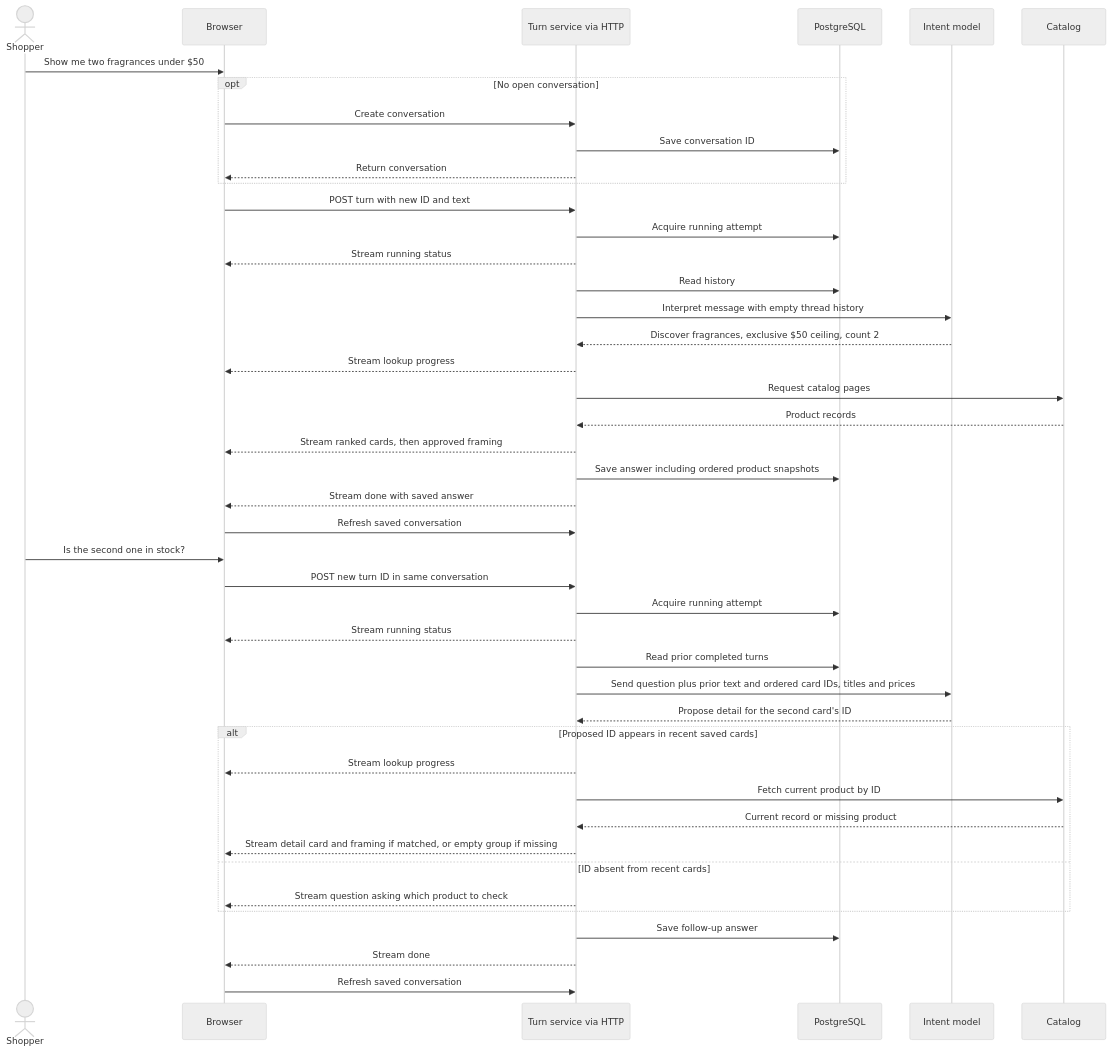
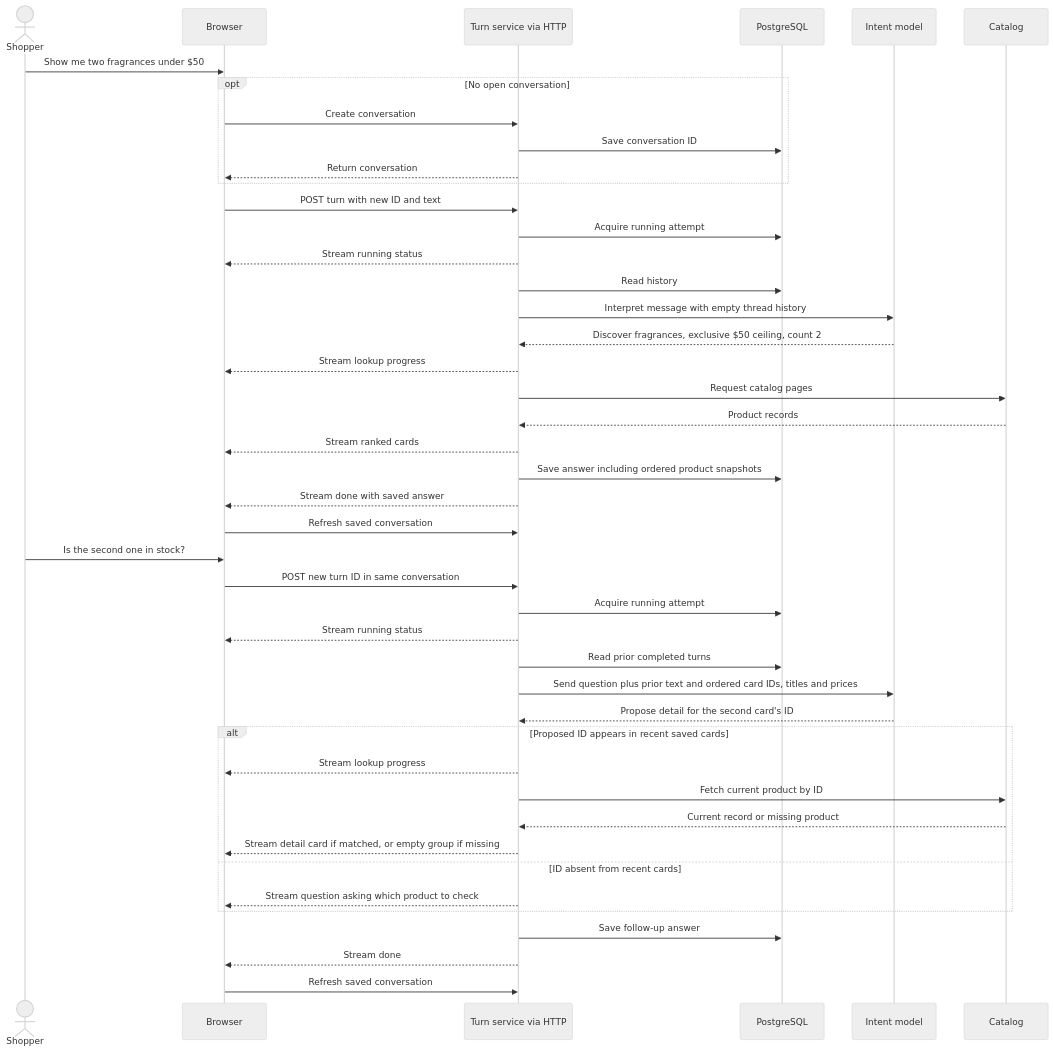
Before and after one commit to rosneri/bazak: the fourth of 5 diagrams in docs/message-flow.md, drawn with Mermaid (neutral theme). The commit also changed other lines of this file and 30 other files, not shown here.

````diff
--- a/docs/message-flow.md
+++ b/docs/message-flow.md
@@ -75,46 +71,46 @@
 ```mermaid
 sequenceDiagram
   actor S as Shopper
   participant B as Browser
   participant T as Turn service via HTTP
   participant D as PostgreSQL
   participant M as Intent model
   participant C as Catalog
   S->>B: Show me two fragrances under $50
   opt No open conversation
     B->>T: Create conversation
     T->>D: Save conversation ID
     T-->>B: Return conversation
   end
   B->>T: POST turn with new ID and text
   T->>D: Acquire running attempt
   T-->>B: Stream running status
   T->>D: Read history
   T->>M: Interpret message with empty thread history
   M-->>T: Discover fragrances, exclusive $50 ceiling, count 2
   T-->>B: Stream lookup progress
   T->>C: Request catalog pages
   C-->>T: Product records
-  T-->>B: Stream ranked cards, then approved framing
+  T-->>B: Stream ranked cards
   T->>D: Save answer including ordered product snapshots
   T-->>B: Stream done with saved answer
   B->>T: Refresh saved conversation
   S->>B: Is the second one in stock?
   B->>T: POST new turn ID in same conversation
   T->>D: Acquire running attempt
   T-->>B: Stream running status
   T->>D: Read prior completed turns
   T->>M: Send question plus prior text and ordered card IDs, titles and prices
   M-->>T: Propose detail for the second card's ID
   alt Proposed ID appears in recent saved cards
     T-->>B: Stream lookup progress
     T->>C: Fetch current product by ID
     C-->>T: Current record or missing product
-    T-->>B: Stream detail card and framing if matched, or empty group if missing
+    T-->>B: Stream detail card if matched, or empty group if missing
   else ID absent from recent cards
     T-->>B: Stream question asking which product to check
   end
   T->>D: Save follow-up answer
   T-->>B: Stream done
   B->>T: Refresh saved conversation
 ```
````
